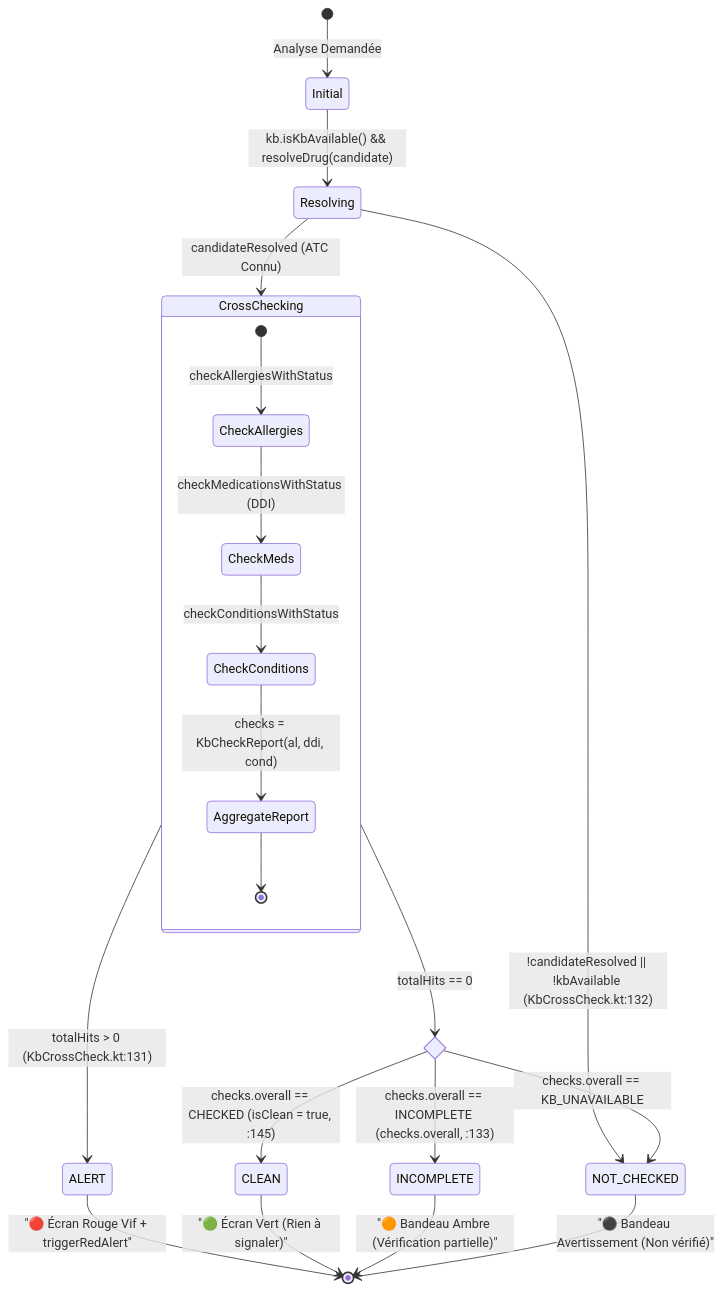
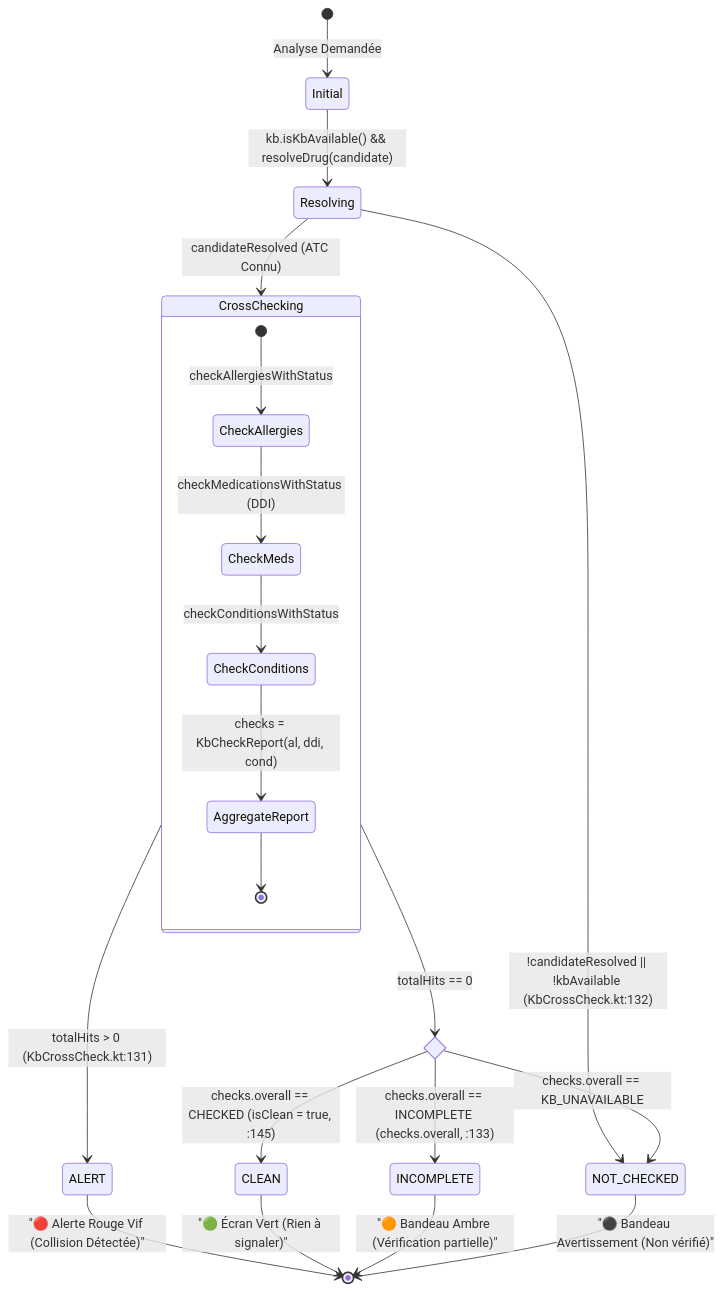
Before and after one commit to kurodohenroonsen/JemmaPass: the tenth of 21 diagrams in docs/DOCUMENTATION_UML_FONCTIONNELLE.md, drawn with Mermaid. The commit also changed other lines of this file and 1 other file, not shown here.

````diff
--- a/docs/DOCUMENTATION_UML_FONCTIONNELLE.md
+++ b/docs/DOCUMENTATION_UML_FONCTIONNELLE.md
@@ -559,30 +560,30 @@
 ```mermaid
 stateDiagram-v2
     [*] --> Initial : Analyse Demandée
 
     Initial --> Resolving : kb.isKbAvailable() && resolveDrug(candidate)
     Resolving --> NOT_CHECKED : !candidateResolved || !kbAvailable (KbCrossCheck.kt:132)
     Resolving --> CrossChecking : candidateResolved (ATC Connu)
 
     state CrossChecking {
         [*] --> CheckAllergies : checkAllergiesWithStatus
         CheckAllergies --> CheckMeds : checkMedicationsWithStatus (DDI)
         CheckMeds --> CheckConditions : checkConditionsWithStatus
         CheckConditions --> AggregateReport : checks = KbCheckReport(al, ddi, cond)
         AggregateReport --> [*]
     }
 
     CrossChecking --> ALERT : totalHits > 0 (KbCrossCheck.kt:131)
     
     state EvaluateClean <<choice>>
     CrossChecking --> EvaluateClean : totalHits == 0
 
     EvaluateClean --> CLEAN : checks.overall == CHECKED (isClean = true, :145)
     EvaluateClean --> INCOMPLETE : checks.overall == INCOMPLETE (checks.overall, :133)
     EvaluateClean --> NOT_CHECKED : checks.overall == KB_UNAVAILABLE
 
-    ALERT --> [*] : "🔴 Écran Rouge Vif + triggerRedAlert"
+    ALERT --> [*] : "🔴 Alerte Rouge Vif (Collision Détectée)"
     CLEAN --> [*] : "🟢 Écran Vert (Rien à signaler)"
     INCOMPLETE --> [*] : "🟠 Bandeau Ambre (Vérification partielle)"
     NOT_CHECKED --> [*] : "⚫ Bandeau Avertissement (Non vérifié)"
 ```
````
